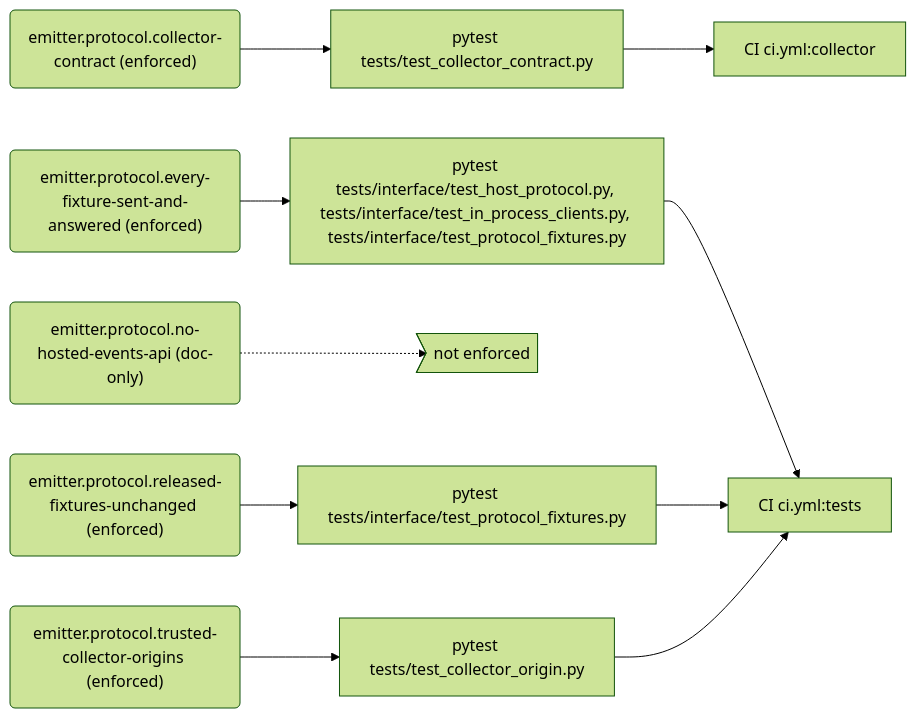
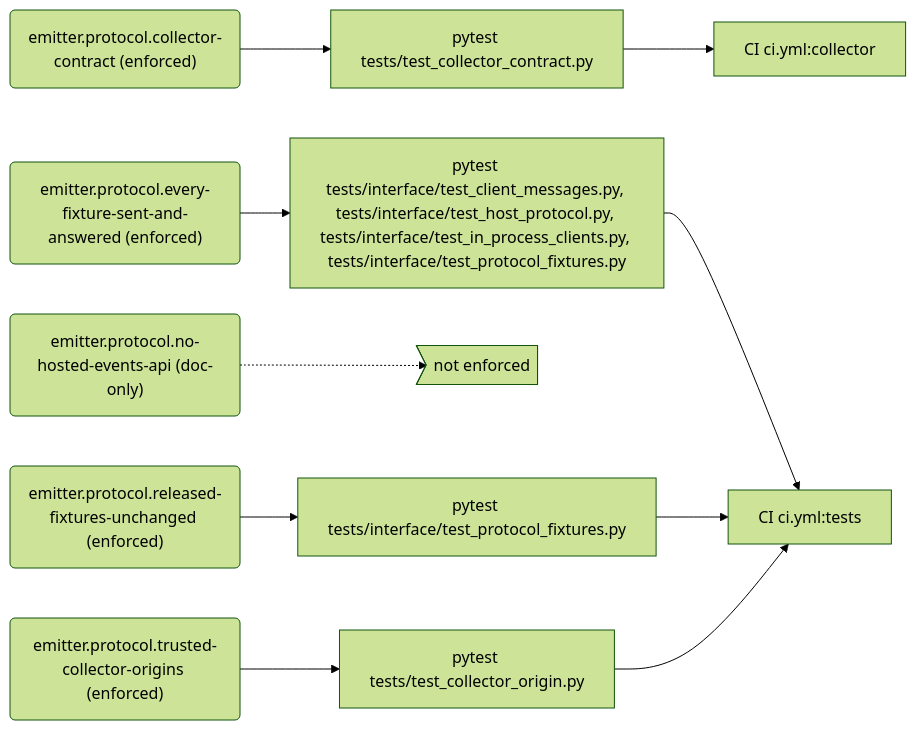
Before and after one commit to PolicyEngine/local-services: the fourth of 8 diagrams in docs/generated/rules.md, drawn with Mermaid (forest theme). The commit also changed other lines of this file and 3 other files, not shown here.

````diff
--- a/docs/generated/rules.md
+++ b/docs/generated/rules.md
@@ -166,24 +171,24 @@
 ```mermaid
 flowchart LR
   r_emitter_protocol_collector_contract("emitter.protocol.collector-contract (enforced)")
   e_pytest_tests_test_collector_contract_py["pytest tests/test_collector_contract.py"]
   j_CI_ci_yml_collector["CI ci.yml:collector"]
   r_emitter_protocol_every_fixture_sent_and_answered("emitter.protocol.every-fixture-sent-and-answered (enforced)")
-  e_pytest_tests_interface_test_host_protocol_py__tests_interface_test_in_process_clients_py__tests_interface_test_protocol_fixtures_py["pytest tests/interface/test_host_protocol.py, tests/interface/test_in_process_clients.py, tests/interface/test_protocol_fixtures.py"]
+  e_pytest_tests_interface_test_client_messages_py__tests_interface_test_host_protocol_py__tests_interface_test_in_process_clients_py__tests_interface_test_protocol_fixtures_py["pytest tests/interface/test_client_messages.py, tests/interface/test_host_protocol.py, tests/interface/test_in_process_clients.py, tests/interface/test_protocol_fixtures.py"]
   j_CI_ci_yml_tests["CI ci.yml:tests"]
   r_emitter_protocol_no_hosted_events_api("emitter.protocol.no-hosted-events-api (doc-only)")
   gap_unenforced>"not enforced"]
   r_emitter_protocol_released_fixtures_unchanged("emitter.protocol.released-fixtures-unchanged (enforced)")
   e_pytest_tests_interface_test_protocol_fixtures_py["pytest tests/interface/test_protocol_fixtures.py"]
   r_emitter_protocol_trusted_collector_origins("emitter.protocol.trusted-collector-origins (enforced)")
   e_pytest_tests_test_collector_origin_py["pytest tests/test_collector_origin.py"]
   r_emitter_protocol_collector_contract --> e_pytest_tests_test_collector_contract_py
   e_pytest_tests_test_collector_contract_py --> j_CI_ci_yml_collector
-  r_emitter_protocol_every_fixture_sent_and_answered --> e_pytest_tests_interface_test_host_protocol_py__tests_interface_test_in_process_clients_py__tests_interface_test_protocol_fixtures_py
-  e_pytest_tests_interface_test_host_protocol_py__tests_interface_test_in_process_clients_py__tests_interface_test_protocol_fixtures_py --> j_CI_ci_yml_tests
+  r_emitter_protocol_every_fixture_sent_and_answered --> e_pytest_tests_interface_test_client_messages_py__tests_interface_test_host_protocol_py__tests_interface_test_in_process_clients_py__tests_interface_test_protocol_fixtures_py
+  e_pytest_tests_interface_test_client_messages_py__tests_interface_test_host_protocol_py__tests_interface_test_in_process_clients_py__tests_interface_test_protocol_fixtures_py --> j_CI_ci_yml_tests
   r_emitter_protocol_no_hosted_events_api -.-> gap_unenforced
   r_emitter_protocol_released_fixtures_unchanged --> e_pytest_tests_interface_test_protocol_fixtures_py
   e_pytest_tests_interface_test_protocol_fixtures_py --> j_CI_ci_yml_tests
   r_emitter_protocol_trusted_collector_origins --> e_pytest_tests_test_collector_origin_py
   e_pytest_tests_test_collector_origin_py --> j_CI_ci_yml_tests
 ```
````
